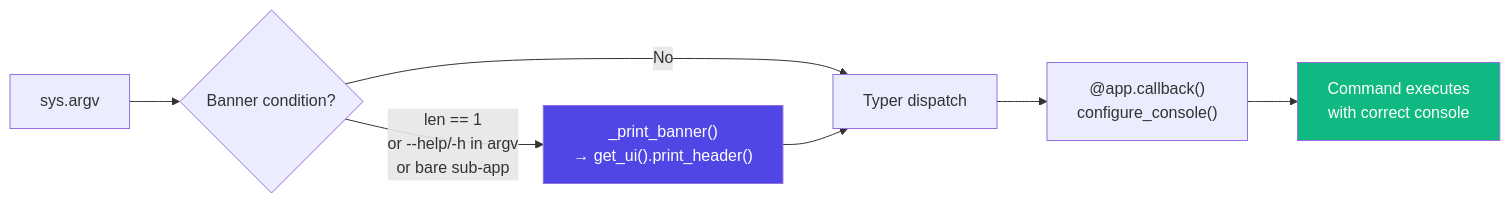
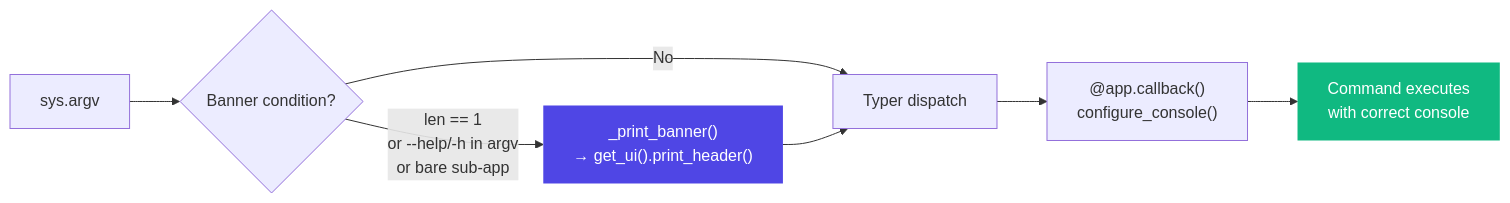
One commit to PythonWoods-Dev/zenzic changed the second of 2 diagrams in docs/explanation/architecture.md. Above: the diagram before and after it, drawn with Mermaid. The commit also changed other lines of this file and 11 other files, not shown here.

````diff
--- a/docs/explanation/architecture.md
+++ b/docs/explanation/architecture.md
@@ -538,13 +542,18 @@
 ```mermaid
 
 flowchart LR
     ARGV["sys.argv"] --> COND{Banner condition?}
     COND -->|"len == 1\nor --help/-h in argv\nor bare sub-app"| BANNER["_print_banner()\n→ get_ui().print_header()"]
     COND -->|"No"| CMD["Typer dispatch"]
     BANNER --> CMD
     CMD --> CB["@app.callback()\nconfigure_console()"]
     CB --> EXEC["Command executes\nwith correct console"]
 
-    style BANNER fill:#4f46e5,color:#fff
-    style EXEC fill:#10b981,color:#fff
+    classDef entry fill:#4f46e5,color:#fff,stroke-width:0px
+    classDef data fill:#38bdf8,color:#fff,stroke-width:0px
+    classDef ok fill:#10b981,color:#fff,stroke-width:0px
+    classDef gate fill:#f59e0b,color:#fff,stroke-width:0px
+    classDef danger fill:#f43f5e,color:#fff,stroke-width:0px
+    class BANNER entry
+    class EXEC ok
 ```
````
